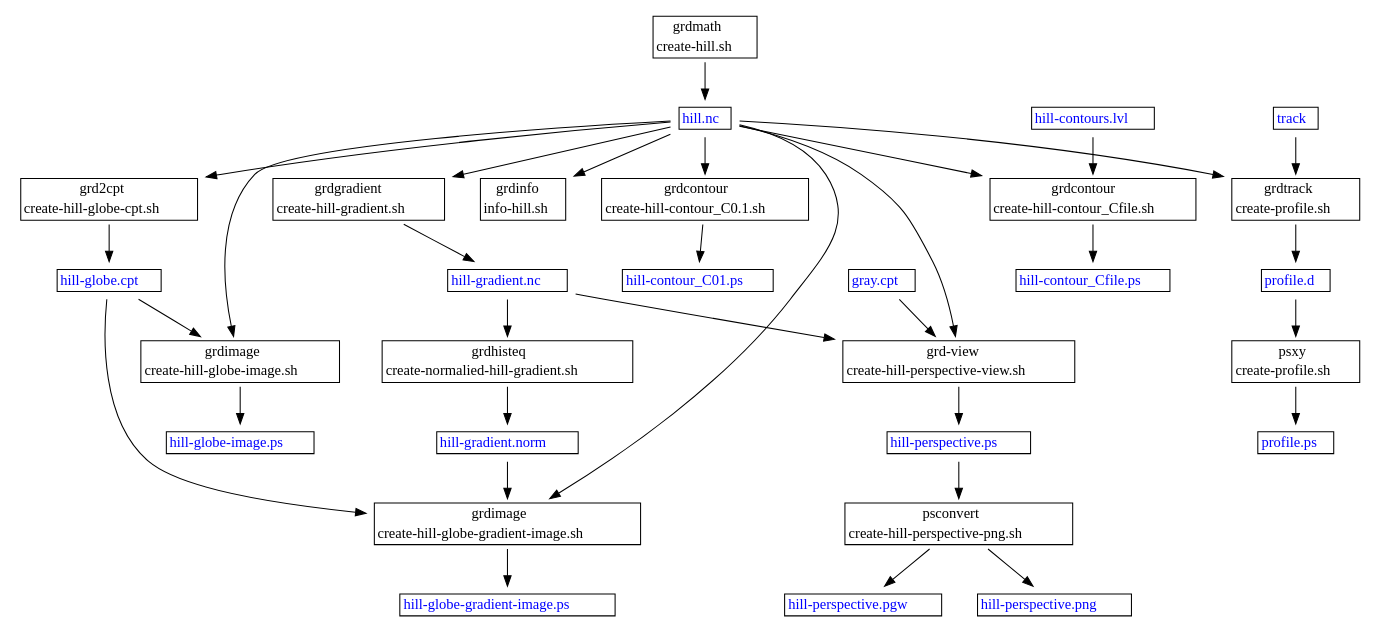
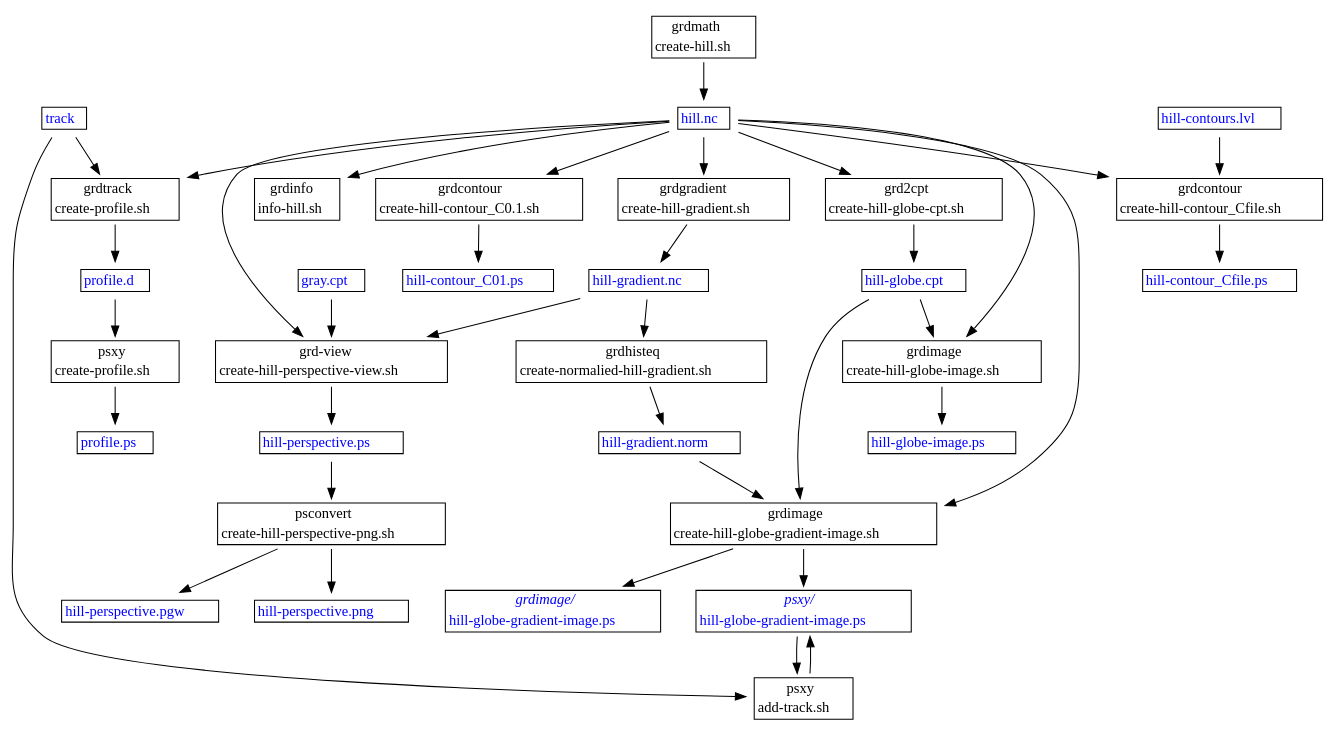
Before and after one commit to ReneNyffenegger/about-GMT: the diagram in programs/calling-sequence.dot, drawn with Graphviz. The commit also changed 5 other files, not shown here.

Commit message:
psxy/add-track.sh

```diff
--- a/programs/calling-sequence.dot
+++ b/programs/calling-sequence.dot
@@ -83,6 +83,14 @@
   hill_globe_gradient_image_ps [
     label=<
       <table border="1" cellborder="0" cellspacing="0">
+           <tr><td><font color="#0000ff"><i>grdimage/</i></font></td></tr>
+           <tr><td><font color="#0000ff">hill-globe-gradient-image.ps</font></td></tr>
+      </table>
+    >];
+  hill_globe_gradient_image_ps_in_psxy [
+    label=<
+      <table border="1" cellborder="0" cellspacing="0">
+           <tr><td><font color="#0000ff"><i>psxy/</i></font></td></tr>
            <tr><td><font color="#0000ff">hill-globe-gradient-image.ps</font></td></tr>
       </table>
     >];
@@ -214,6 +222,14 @@
       </table>
     >];
 
+  psxy_add_track_sh [
+    label=<
+      <table border="1" cellborder="0" cellspacing="0">
+           <tr><td>psxy</td></tr>
+           <tr><td>add-track.sh</td></tr>
+      </table>
+    >];
+
   profile_ps [
     label=<
       <table border="1" cellborder="0" cellspacing="0">
@@ -260,6 +276,7 @@
   hill_globe_cpt     -> grdimage_create_hill_globe_gradient_image_sh;
   hill_gradient_norm -> grdimage_create_hill_globe_gradient_image_sh;
   grdimage_create_hill_globe_gradient_image_sh -> hill_globe_gradient_image_ps;
+  grdimage_create_hill_globe_gradient_image_sh -> hill_globe_gradient_image_ps_in_psxy;
 
   hill_nc -> grdtrack_create_profile_sh;
   track -> grdtrack_create_profile_sh;
@@ -268,5 +285,8 @@
   profile_d -> psxy_create_profile_sh;
   psxy_create_profile_sh -> profile_ps;
 
+  hill_globe_gradient_image_ps_in_psxy -> psxy_add_track_sh;
+  track                                -> psxy_add_track_sh;
+  psxy_add_track_sh                    -> hill_globe_gradient_image_ps_in_psxy;
 
 }
```
